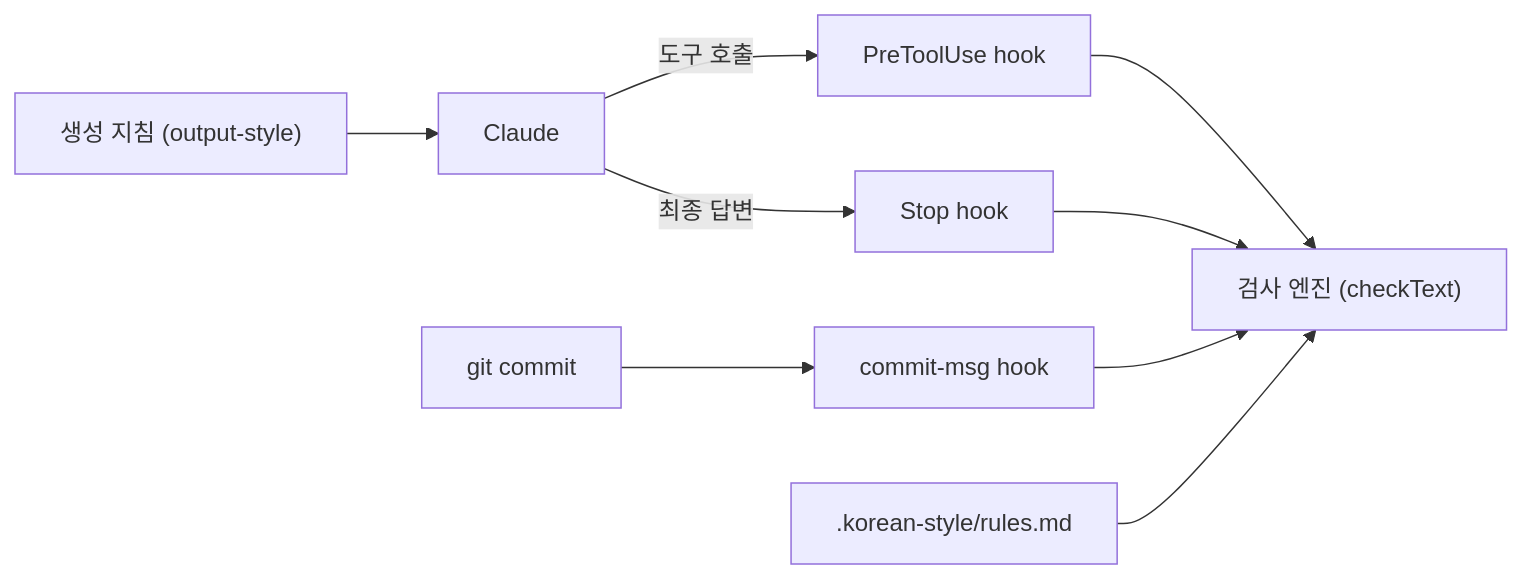
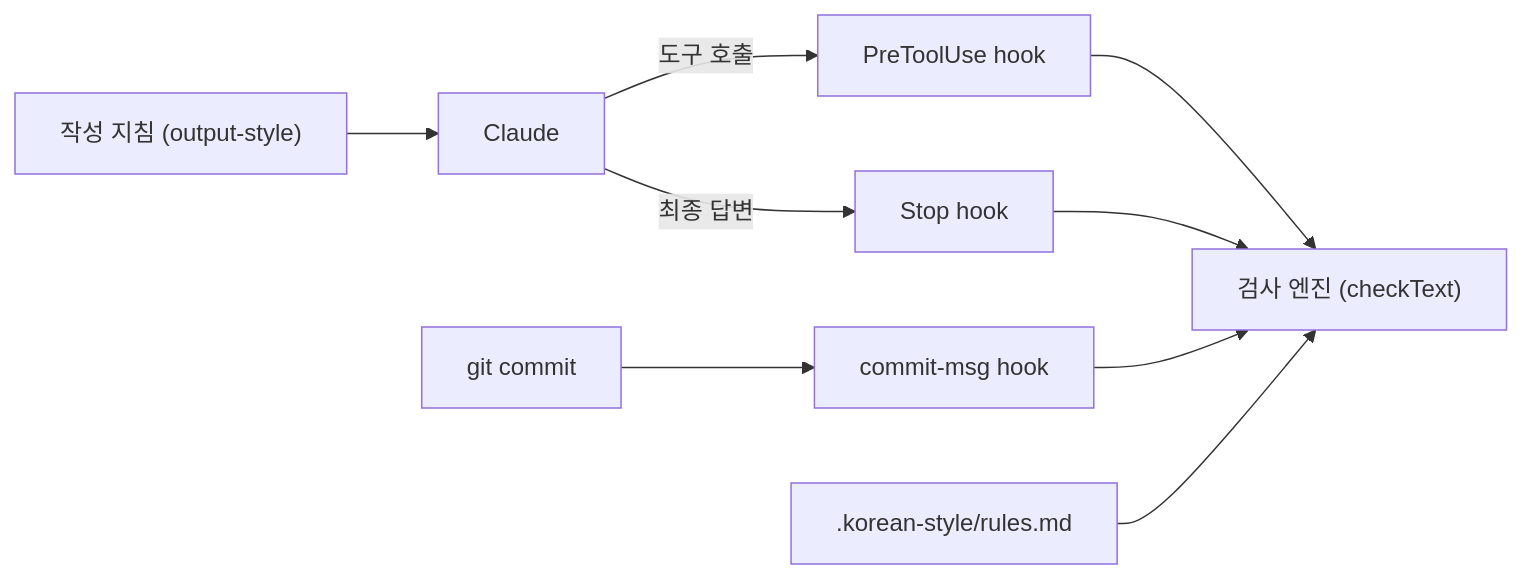
The diagram in README.md (nerdkim/im-a-korean-ai-in-seoul), drawn with Mermaid before and after one commit. The commit also changed other lines of this file and 12 other files, not shown here.

````diff
--- a/README.md
+++ b/README.md
@@ -130,11 +133,11 @@
 ```mermaid
 flowchart LR
-  guide["생성 지침 (output-style)"] --> claude["Claude"]
+  guide["작성 지침 (output-style)"] --> claude["Claude"]
   claude -- "도구 호출" --> pre["PreToolUse hook"]
   claude -- "최종 답변" --> stop["Stop hook"]
   commit["git commit"] --> msg["commit-msg hook"]
   pre --> engine["검사 엔진 (checkText)"]
   stop --> engine
   msg --> engine
   rules[".korean-style/rules.md"] --> engine
 ```
````
